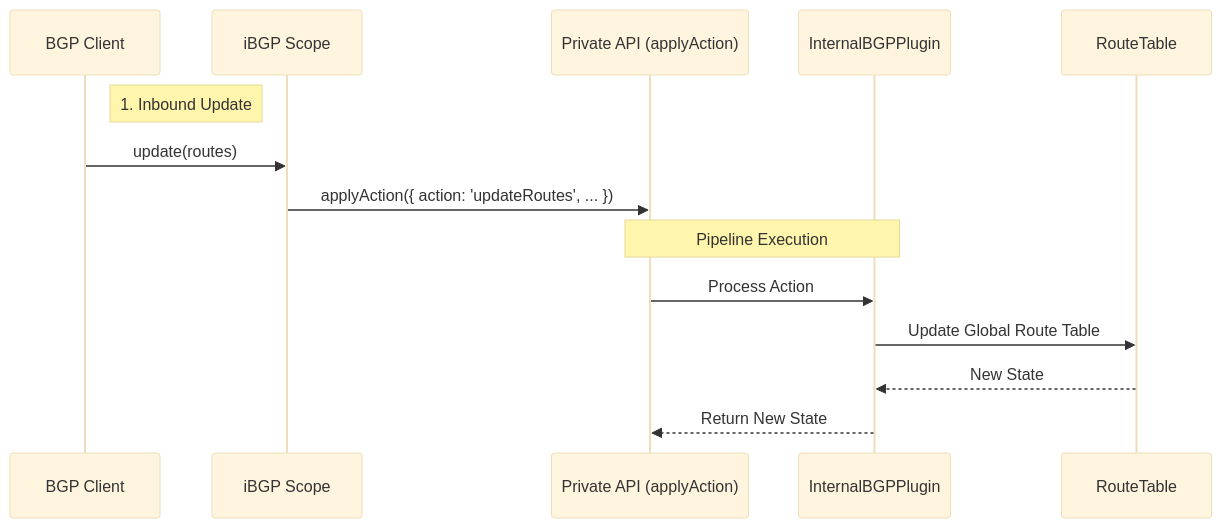
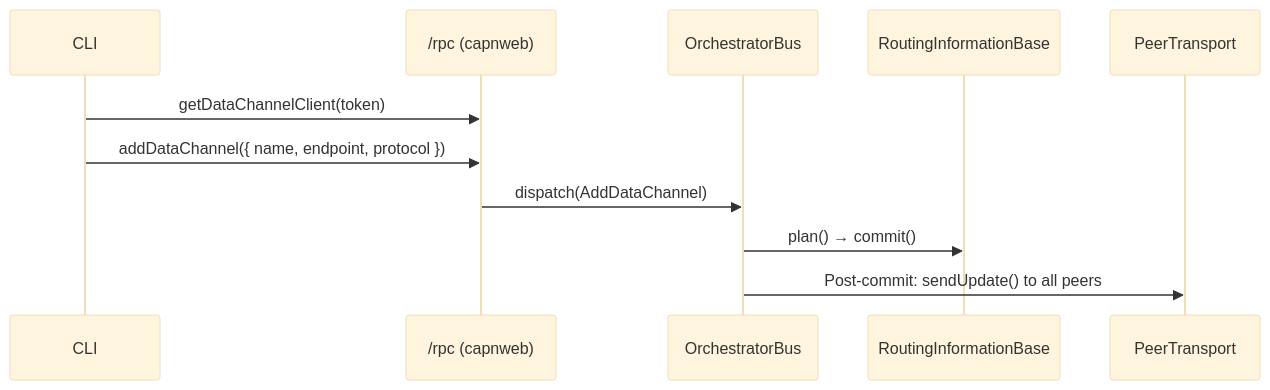
The third of 3 diagrams in apps/orchestrator/README.md (orbisoperations/catalyst-router), drawn with Mermaid (base theme) before and after one commit. The commit also changed other lines of this file and 5 other files, not shown here.

First line of the commit message:
docs: update documentation for v2 routing architecture

````diff
--- a/apps/orchestrator/README.md
+++ b/apps/orchestrator/README.md
@@ -256,18 +152,14 @@
 ```mermaid
 sequenceDiagram
-    participant BGP as BGP Client
-    participant IBGPScope as iBGP Scope
-    participant API as Private API (applyAction)
-    participant Plugin as InternalBGPPlugin
-    participant State as RouteTable
+    participant CLI
+    participant RPC as /rpc (capnweb)
+    participant Bus as OrchestratorBus
+    participant RIB as RoutingInformationBase
+    participant Transport as PeerTransport
 
-    Note right of BGP: 1. Inbound Update
-    BGP->>IBGPScope: update(routes)
-    IBGPScope->>API: applyAction({ action: 'updateRoutes', ... })
-
-    Note over API, Plugin: Pipeline Execution
-    API->>Plugin: Process Action
-    Plugin->>State: Update Global Route Table
-    State-->>Plugin: New State
-    Plugin-->>API: Return New State
+    CLI->>RPC: getDataChannelClient(token)
+    CLI->>RPC: addDataChannel({ name, endpoint, protocol })
+    RPC->>Bus: dispatch(AddDataChannel)
+    Bus->>RIB: plan() → commit()
+    Bus->>Transport: Post-commit: sendUpdate() to all peers
 ```
````
